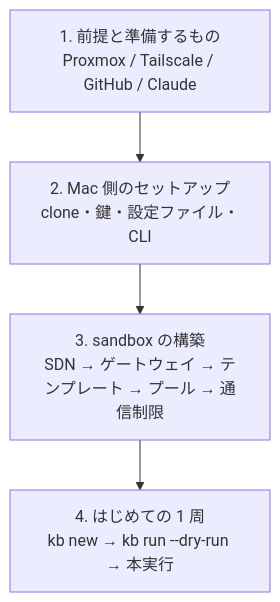
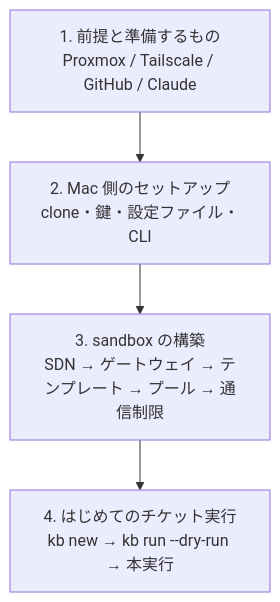
One commit to akkijp-oss/aifactory changed the diagram in website/content/ja/getting-started/index.md. Above: the diagram before and after it, drawn with Mermaid. The commit also changed other lines of this file and 40 other files, not shown here.

````diff
--- a/website/content/ja/getting-started/index.md
+++ b/website/content/ja/getting-started/index.md
@@ -7,6 +7,6 @@
 ```mermaid
 flowchart TD
   R[1. 前提と準備するもの<br>Proxmox / Tailscale / GitHub / Claude] --> M[2. Mac 側のセットアップ<br>clone・鍵・設定ファイル・CLI]
   M --> S[3. sandbox の構築<br>SDN → ゲートウェイ → テンプレート → プール → 通信制限]
-  S --> F[4. はじめての 1 周<br>kb new → kb run --dry-run → 本実行]
+  S --> F[4. はじめてのチケット実行<br>kb new → kb run --dry-run → 本実行]
 ```
````
